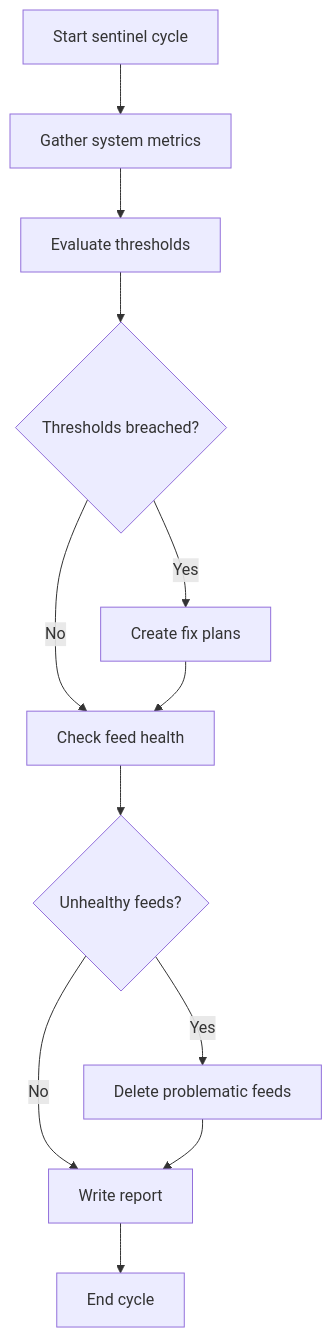
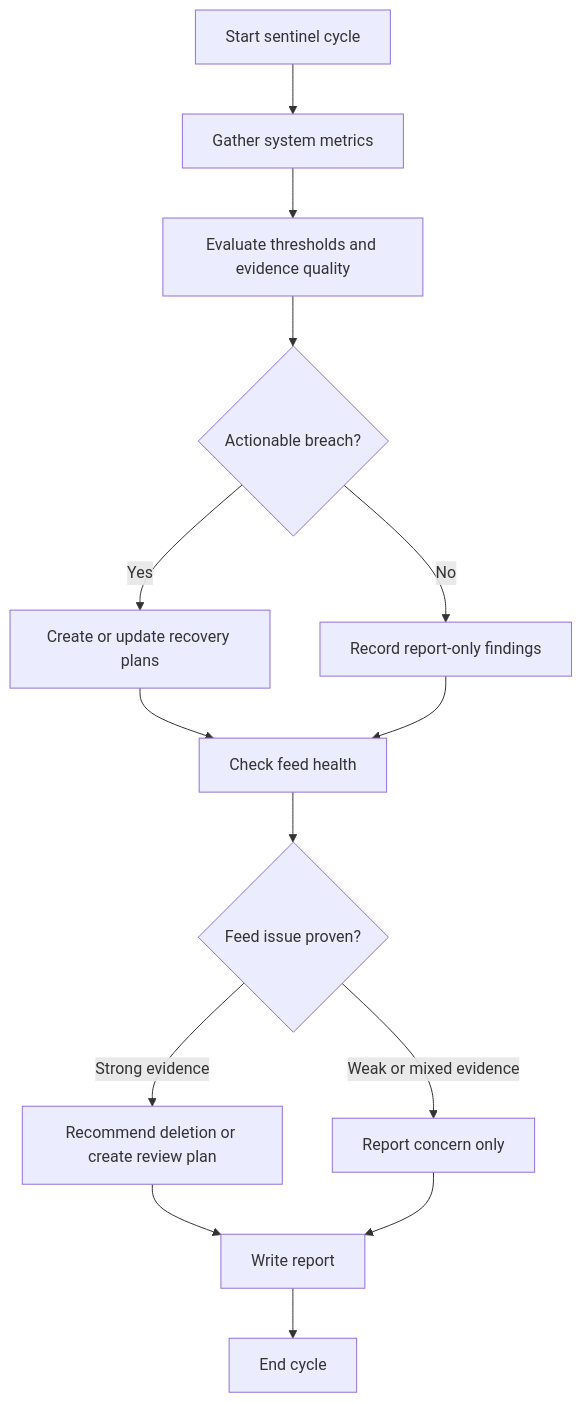
Before and after one commit to malvavisc0/news48: the diagram in agents/skills/sentinel/business-logic.md, drawn with Mermaid. The commit also changed other lines of this file and 13 other files, not shown here.

````diff
--- a/agents/skills/sentinel/business-logic.md
+++ b/agents/skills/sentinel/business-logic.md
@@ -5,14 +5,16 @@
 ```mermaid
 flowchart TD
     A[Start sentinel cycle] --> B[Gather system metrics]
-    B --> C[Evaluate thresholds]
-    C --> D{Thresholds breached?}
-    D -->|Yes| E[Create fix plans]
-    D -->|No| F[Check feed health]
-    E --> F
-    F --> G{Unhealthy feeds?}
-    G -->|Yes| H[Delete problematic feeds]
-    G -->|No| I[Write report]
-    H --> I
-    I --> J[End cycle]
+    B --> C[Evaluate thresholds and evidence quality]
+    C --> D{Actionable breach?}
+    D -->|Yes| E[Create or update recovery plans]
+    D -->|No| F[Record report-only findings]
+    E --> G[Check feed health]
+    F --> G
+    G --> H{Feed issue proven?}
+    H -->|Strong evidence| I[Recommend deletion or create review plan]
+    H -->|Weak or mixed evidence| J[Report concern only]
+    I --> K[Write report]
+    J --> K
+    K --> L[End cycle]
 ```
````
